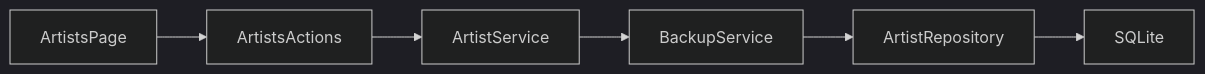
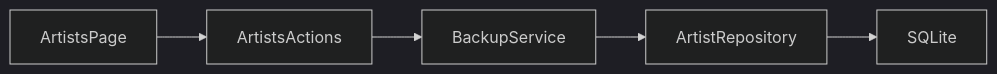
One commit to PKT0623/PixivLocalManager changed the seventh of 14 diagrams in docs/07_ARCHITECTURE.md. Above: the diagram before and after it, drawn with Mermaid (dark theme). The commit also changed other lines of this file and 10 other files, not shown here.

````diff
--- a/docs/07_ARCHITECTURE.md
+++ b/docs/07_ARCHITECTURE.md
@@ -367,10 +343,9 @@
-```mermaid id="j03553"
+```mermaid
 flowchart LR
 
 ArtistsPage
 --> ArtistsActions
---> ArtistService
 --> BackupService
 --> ArtistRepository
 --> SQLite
 ```
````
